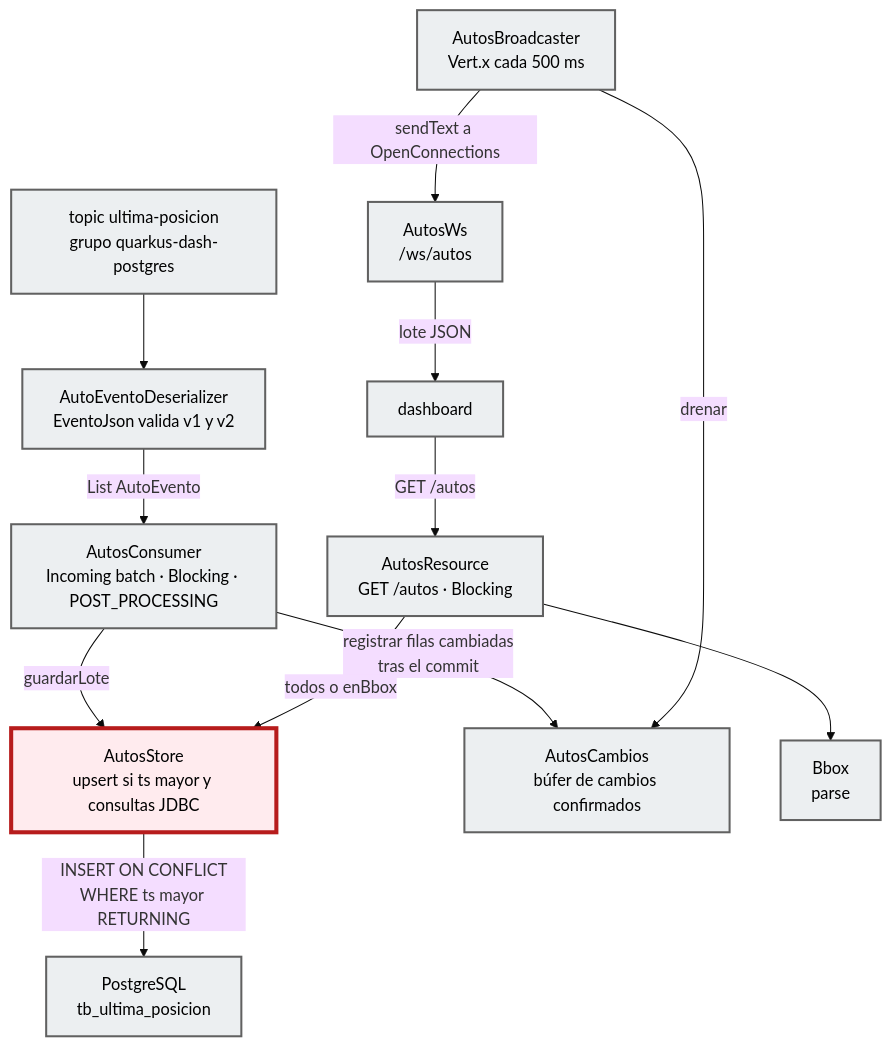
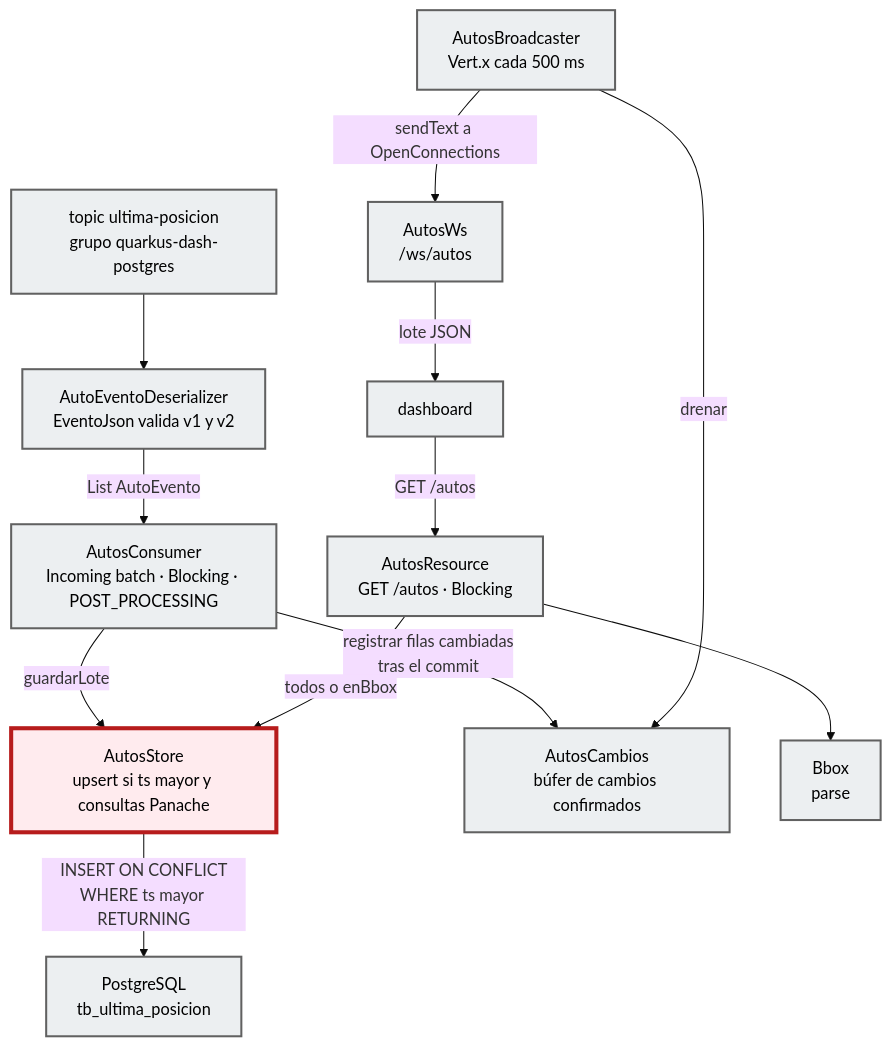
The fifth of 7 diagrams in docs/c4/component.md (devbryan02/telemetry-flink-quarkus), drawn with Mermaid (base theme) before and after one commit. The commit also changed other lines of this file and 5 other files, not shown here.

````diff
--- a/docs/c4/component.md
+++ b/docs/c4/component.md
@@ -183,29 +183,29 @@
 ```mermaid
 flowchart TB
   topic["topic ultima-posicion<br/>grupo quarkus-dash-postgres"]
   des["AutoEventoDeserializer<br/>EventoJson valida v1 y v2"]
   cons["AutosConsumer<br/>Incoming batch · Blocking · POST_PROCESSING"]
-  store["AutosStore<br/>upsert si ts mayor y consultas JDBC"]
+  store["AutosStore<br/>upsert si ts mayor y consultas Panache"]
   pg["PostgreSQL<br/>tb_ultima_posicion"]
   cambios["AutosCambios<br/>búfer de cambios confirmados"]
   res["AutosResource<br/>GET /autos · Blocking"]
   bbox["Bbox<br/>parse"]
   bc["AutosBroadcaster<br/>Vert.x cada 500 ms"]
   ws["AutosWs<br/>/ws/autos"]
   web["dashboard"]
   topic --> des
   des -->|"List AutoEvento"| cons
   cons -->|"guardarLote"| store
   store -->|"INSERT ON CONFLICT<br/>WHERE ts mayor RETURNING"| pg
   cons -->|"registrar filas cambiadas<br/>tras el commit"| cambios
   res --> bbox
   res -->|"todos o enBbox"| store
   bc -->|"drenar"| cambios
   bc -->|"sendText a OpenConnections"| ws
   ws -->|"lote JSON"| web
   web -->|"GET /autos"| res
   classDef other fill:#ECEFF1,stroke:#616161,stroke-width:2px,color:#000
   classDef focus fill:#FFEBEE,stroke:#B71C1C,stroke-width:4px,color:#000
   class topic,des,cons,pg,cambios,res,bbox,bc,ws,web other
   class store focus
 ```
````
